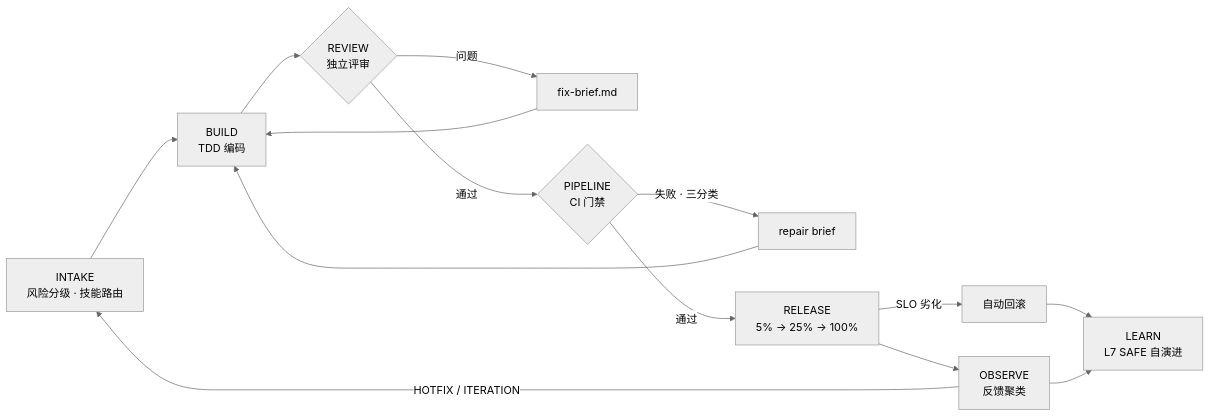
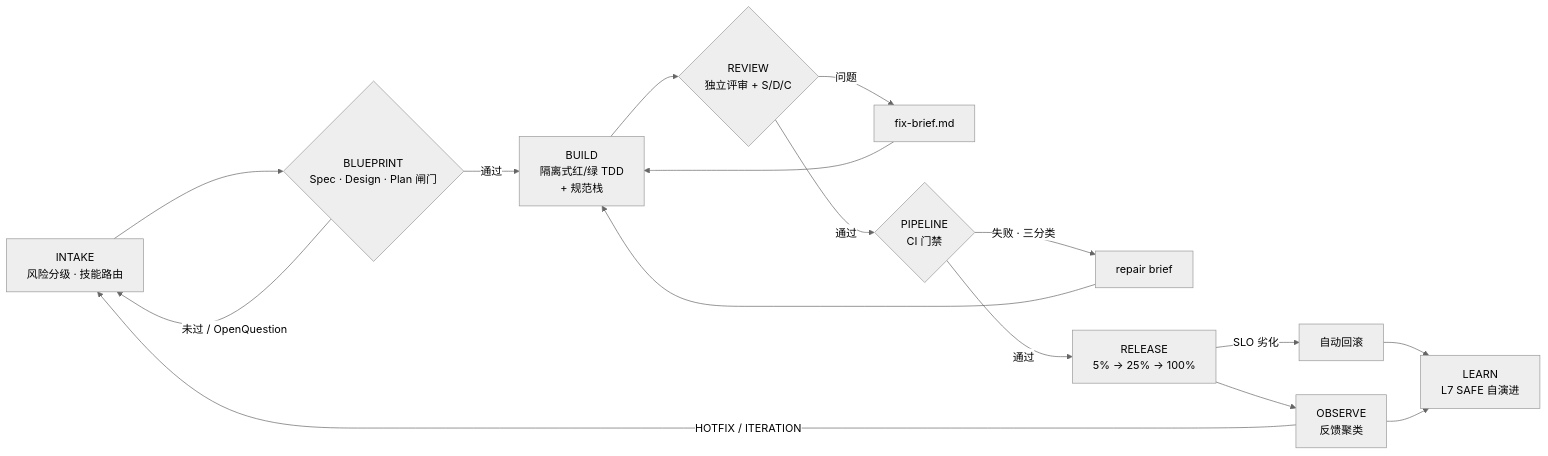
Before and after one commit to ShaneLiu04/NeoAgent: the second of 3 diagrams in README.md, drawn with Mermaid (neutral theme). The commit also changed other lines of this file and 67 other files, not shown here.

Commit message:
feat: spec-to-code blueprint engine, 3-layer coding standards stack, showcase assets

````diff
--- a/README.md
+++ b/README.md
@@ -241,13 +338,15 @@
 ```mermaid
 flowchart LR
-    I[INTAKE<br/>风险分级 · 技能路由] --> B[BUILD<br/>TDD 编码]
-    B --> R{REVIEW<br/>独立评审}
+    I[INTAKE<br/>风险分级 · 技能路由] --> BP{BLUEPRINT<br/>Spec · Design · Plan 闸门}
+    BP -- 未过 / OpenQuestion --> I
+    BP -- 通过 --> B[BUILD<br/>隔离式红/绿 TDD<br/>+ 规范栈]
+    B --> R{REVIEW<br/>独立评审 + S/D/C}
     R -- 问题 --> F1[fix-brief.md] --> B
     R -- 通过 --> P{PIPELINE<br/>CI 门禁}
     P -- 失败 · 三分类 --> F2[repair brief] --> B
     P -- 通过 --> RL[RELEASE<br/>5% → 25% → 100%]
     RL -- SLO 劣化 --> RB[自动回滚] --> L
     RL --> O[OBSERVE<br/>反馈聚类]
     O -- HOTFIX / ITERATION --> I
     O --> L[LEARN<br/>L7 SAFE 自演进]
 ```
````
